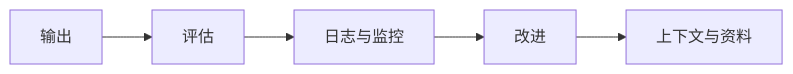
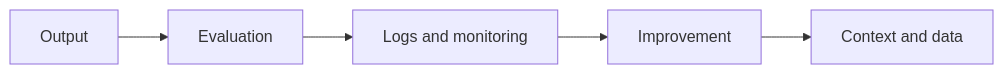
One commit to oudbiao/AI-fullstack-course changed the fourth of 4 diagrams in docs/intro/modern-ai-stack.md. Above: the diagram before and after it, drawn with Mermaid. The commit also changed other lines of this file and 1406 other files, not shown here.

````diff
--- a/docs/intro/modern-ai-stack.md
+++ b/docs/intro/modern-ai-stack.md
@@ -100,7 +100,7 @@
 ```mermaid
 flowchart LR
-  D[输出] --> E[评估]
-  E --> F[日志与监控]
-  F --> G[改进]
-  G --> B[上下文与资料]
+  D[Output] --> E[Evaluation]
+  E --> F[Logs and monitoring]
+  F --> G[Improvement]
+  G --> B[Context and data]
 ```
````
